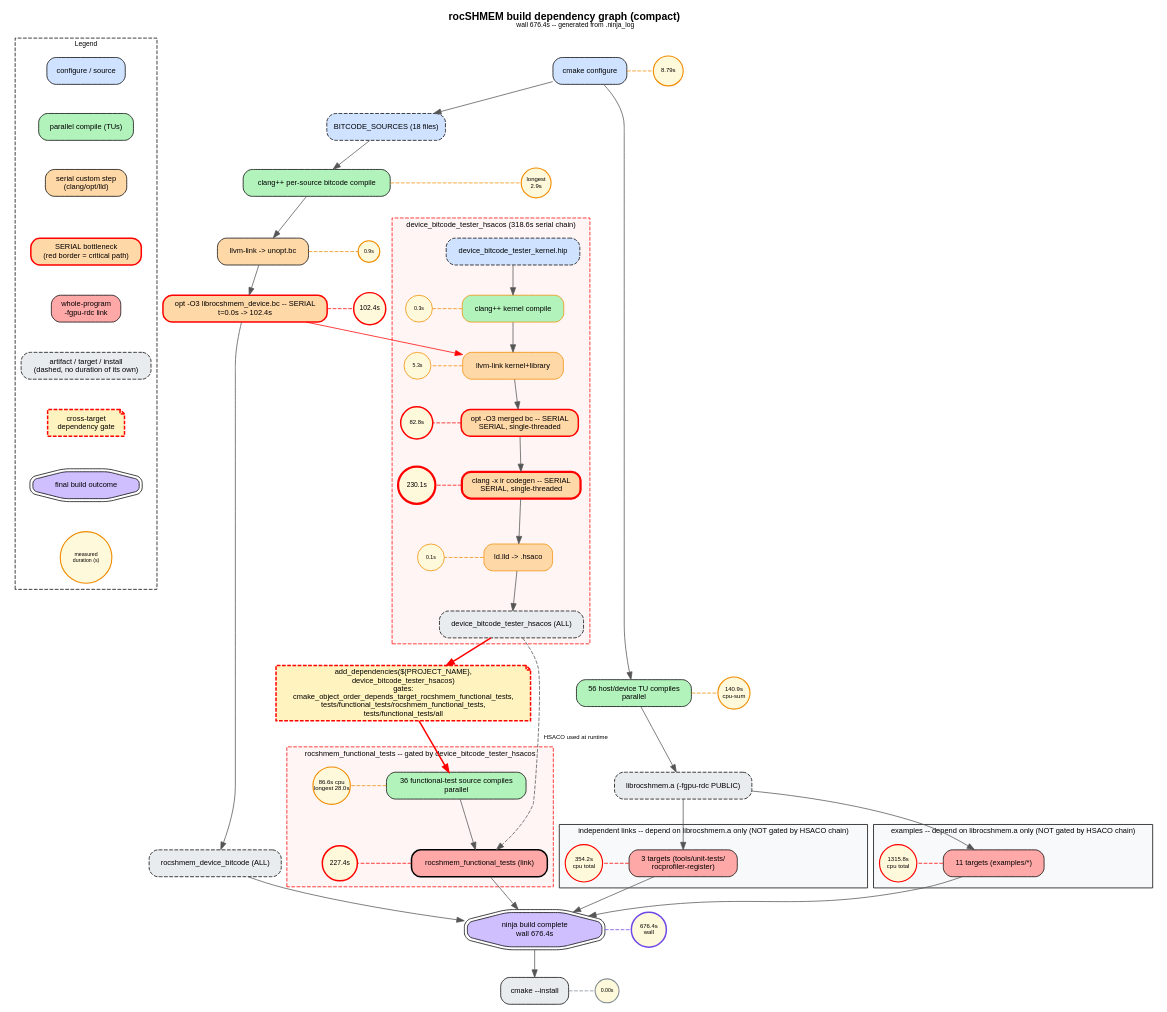
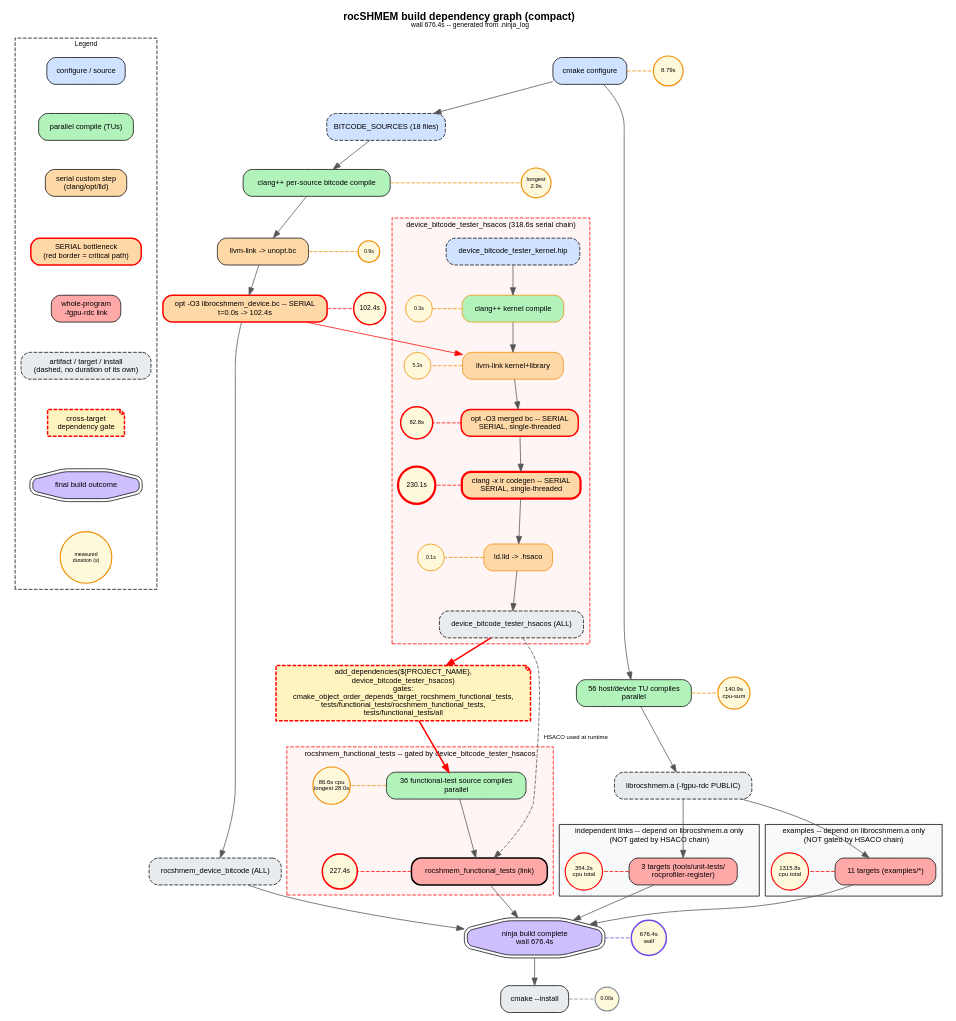
The diagram in projects/rocshmem/docs/images/diagrams/build-dependency-graph-compact.dot (ROCm/rocm-systems), drawn with Graphviz before and after one commit. The commit also changed 6 other files, not shown here.

```diff
--- a/projects/rocshmem/docs/images/diagrams/build-dependency-graph-compact.dot
+++ b/projects/rocshmem/docs/images/diagrams/build-dependency-graph-compact.dot
@@ -1,160 +1,162 @@
 // rocSHMEM build dependency graph (compact)
 // Auto-generated by scripts/analysis/build_time_report.py from build/.ninja_log
 // and build/build.ninja -- do not hand-edit, re-run the script instead.
 // HSACO-chain add_dependencies() gates: cmake_object_order_depends_target_rocshmem_functional_tests, tests/functional_tests/rocshmem_functional_tests, tests/functional_tests/all.
 
 digraph rocshmem_build_compact {
   rankdir=TB; fontname="Helvetica"; labelloc="t";
   label=<<B>rocSHMEM build dependency graph (compact)</B><BR/><FONT POINT-SIZE="9">wall 676.4s -- generated from .ninja_log</FONT>>;
   node [shape=box, style="rounded,filled", fontname="Helvetica", fontsize=10, margin="0.12,0.06"];
   edge [fontname="Helvetica", fontsize=8, color="#555555"];
 
   subgraph cluster_legend {
     label="Legend"; style=dashed; fontsize=9; rank=same;
     leg_config [label="configure / source", style="rounded,filled", fillcolor="#cfe2ff"];
     leg_parallel [label="parallel compile (TUs)", style="rounded,filled", fillcolor="#b2f2bb"];
     leg_serial [label="serial custom step
 (clang/opt/lld)", style="rounded,filled", fillcolor="#ffd8a8"];
     leg_bottleneck [label="SERIAL bottleneck
 (red border = critical path)", style="rounded,filled", fillcolor="#ffd8a8", color=red, penwidth=2];
     leg_link [label="whole-program
 -fgpu-rdc link", style="rounded,filled", fillcolor="#ffa8a8"];
     leg_artifact [label="artifact / target / install
 (dashed, no duration of its own)", style="rounded,filled,dashed", fillcolor="#e9ecef"];
     leg_gate [label="cross-target
 dependency gate", style="filled,dashed", fillcolor="#fff3bf", color=red, penwidth=2, shape=note];
     leg_done [label="final build outcome", style="rounded,filled", fillcolor="#d0bfff", shape=doubleoctagon];
     leg_duration [label="measured\nduration (s)", shape=circle, fixedsize=false, width=0.7, height=0.7, fontsize=7, fillcolor="#fff9db", color="#f08c00", penwidth=1.5];
     leg_config -> leg_parallel -> leg_serial -> leg_bottleneck -> leg_link -> leg_artifact -> leg_gate -> leg_done -> leg_duration [style=invis];
   }
 
   cmake_configure [label="cmake configure", style="rounded,filled", fillcolor="#cfe2ff"];
   t_cmake_configure [label="8.79s", shape=circle, fixedsize=true, width=0.55, height=0.55, fontsize=8, fillcolor="#fff9db", color="#f08c00", penwidth=1.5];
   cmake_configure -> t_cmake_configure [style=dashed, arrowhead=none, color="#f08c00", constraint=false, weight=0];
   {rank=same; cmake_configure; t_cmake_configure;}
   bc_sources [label="BITCODE_SOURCES (18 files)", style="rounded,filled,dashed", fillcolor="#cfe2ff"];
   bc_compile [label="clang++ per-source bitcode compile", style="rounded,filled", fillcolor="#b2f2bb"];
   t_bc_compile [label="longest
 2.9s", shape=circle, fixedsize=true, width=0.55, height=0.55, fontsize=8, fillcolor="#fff9db", color="#f08c00", penwidth=1.5];
   bc_compile -> t_bc_compile [style=dashed, arrowhead=none, color="#f08c00", constraint=false, weight=0];
   {rank=same; bc_compile; t_bc_compile;}
   bc_llvmlink [label="llvm-link -> unopt.bc", style="rounded,filled", fillcolor="#ffd8a8"];
   t_bc_llvmlink [label="0.9s", shape=circle, fixedsize=true, width=0.4, height=0.4, fontsize=7, fillcolor="#fff9db", color="#f08c00", penwidth=1.5];
   bc_llvmlink -> t_bc_llvmlink [style=dashed, arrowhead=none, color="#f08c00", constraint=false, weight=0];
   {rank=same; bc_llvmlink; t_bc_llvmlink;}
   bc_opt [label="opt -O3 librocshmem_device.bc -- SERIAL
 t=0.0s -> 102.4s", style="rounded,filled", fillcolor="#ffd8a8", color=red, penwidth=2];
   t_bc_opt [label="102.4s", shape=circle, fixedsize=true, width=0.6, height=0.6, fontsize=9, fillcolor="#fff9db", color="red", penwidth=2];
   bc_opt -> t_bc_opt [style=dashed, arrowhead=none, color="red", constraint=false, weight=0];
   {rank=same; bc_opt; t_bc_opt;}
   bc_target [label="rocshmem_device_bitcode (ALL)", style="rounded,filled,dashed", fillcolor="#e9ecef"];
   cmake_configure -> bc_sources;
   bc_sources -> bc_compile;
   bc_compile -> bc_llvmlink;
   bc_llvmlink -> bc_opt;
   bc_opt -> bc_target;
   host_sources [label="56 host/device TU compiles
 parallel", style="rounded,filled", fillcolor="#b2f2bb"];
   t_host_sources [label="140.9s
 cpu-sum", shape=circle, fixedsize=true, width=0.6, height=0.6, fontsize=8, fillcolor="#fff9db", color="#f08c00", penwidth=1.5];
   host_sources -> t_host_sources [style=dashed, arrowhead=none, color="#f08c00", constraint=false, weight=0];
   {rank=same; host_sources; t_host_sources;}
   host_archive [label="librocshmem.a (-fgpu-rdc PUBLIC)", style="rounded,filled,dashed", fillcolor="#e9ecef"];
   cmake_configure -> host_sources;
   host_sources -> host_archive;
   project_dep_hack [label="add_dependencies(${PROJECT_NAME},
 device_bitcode_tester_hsacos)
 gates:
 cmake_object_order_depends_target_rocshmem_functional_tests,
 tests/functional_tests/rocshmem_functional_tests,
 tests/functional_tests/all", style="filled,dashed", fillcolor="#fff3bf", color=red, penwidth=2, shape=note];
   subgraph cluster_hsaco {
     label="device_bitcode_tester_hsacos (318.6s serial chain)";
     style="filled,dashed"; fillcolor="#fff5f5"; color=red; fontsize=10;
   kernel_hip [label="device_bitcode_tester_kernel.hip", style="rounded,filled,dashed", fillcolor="#cfe2ff"];
   kernel_compile [label="clang++ kernel compile", style="rounded,filled", fillcolor="#b2f2bb", color="#f08c00"];
   t_kernel_compile [label="0.3s", shape=circle, fixedsize=true, width=0.5, height=0.5, fontsize=7, fillcolor="#fff9db", color="#f08c00", penwidth=1];
   kernel_compile -> t_kernel_compile [style=dashed, arrowhead=none, color="#f08c00", constraint=false, weight=0];
   {rank=same; kernel_compile; t_kernel_compile;}
   kernel_unopt_link [label="llvm-link kernel+library", style="rounded,filled", fillcolor="#ffd8a8", color="#f08c00"];
   t_kernel_unopt_link [label="5.3s", shape=circle, fixedsize=true, width=0.5, height=0.5, fontsize=7, fillcolor="#fff9db", color="#f08c00", penwidth=1];
   kernel_unopt_link -> t_kernel_unopt_link [style=dashed, arrowhead=none, color="#f08c00", constraint=false, weight=0];
   {rank=same; kernel_unopt_link; t_kernel_unopt_link;}
   kernel_opt [label="opt -O3 merged bc -- SERIAL
 SERIAL, single-threaded", style="rounded,filled", fillcolor="#ffd8a8", color=red, penwidth=2];
   t_kernel_opt [label="82.8s", shape=circle, fixedsize=true, width=0.6000000000000001, height=0.6000000000000001, fontsize=8, fillcolor="#fff9db", color="red", penwidth=2];
   kernel_opt -> t_kernel_opt [style=dashed, arrowhead=none, color="red", constraint=false, weight=0];
   {rank=same; kernel_opt; t_kernel_opt;}
   kernel_codegen [label="clang -x ir codegen -- SERIAL
 SERIAL, single-threaded", style="rounded,filled", fillcolor="#ffd8a8", color=red, penwidth=3];
   t_kernel_codegen [label="230.1s", shape=circle, fixedsize=true, width=0.7000000000000001, height=0.7000000000000001, fontsize=9, fillcolor="#fff9db", color="red", penwidth=3];
   kernel_codegen -> t_kernel_codegen [style=dashed, arrowhead=none, color="red", constraint=false, weight=0];
   {rank=same; kernel_codegen; t_kernel_codegen;}
   hsaco_lld [label="ld.lld -> .hsaco", style="rounded,filled", fillcolor="#ffd8a8", color="#f08c00"];
   t_hsaco_lld [label="0.1s", shape=circle, fixedsize=true, width=0.5, height=0.5, fontsize=7, fillcolor="#fff9db", color="#f08c00", penwidth=1];
   hsaco_lld -> t_hsaco_lld [style=dashed, arrowhead=none, color="#f08c00", constraint=false, weight=0];
   {rank=same; hsaco_lld; t_hsaco_lld;}
   hsaco_target [label="device_bitcode_tester_hsacos (ALL)", style="rounded,filled,dashed", fillcolor="#e9ecef"];
   }
   kernel_hip -> kernel_compile;
   kernel_compile -> kernel_unopt_link;
   bc_opt -> kernel_unopt_link [color=red];
   kernel_unopt_link -> kernel_opt;
   kernel_opt -> kernel_codegen;
   kernel_codegen -> hsaco_lld;
   hsaco_lld -> hsaco_target;
   hsaco_target -> project_dep_hack [color=red, penwidth=2];
   subgraph cluster_examples {
-    label="examples -- depend on librocshmem.a only (NOT gated by HSACO chain)";
+    label="examples -- depend on librocshmem.a only
+(NOT gated by HSACO chain)";
     fillcolor="#f8f9fa"; style=filled; fontsize=10;
   examples_link [label="11 targets (examples/*)", style="rounded,filled", fillcolor="#ffa8a8"];
   t_examples_link [label="1315.8s
 cpu total", shape=circle, fixedsize=true, width=0.7, height=0.7, fontsize=8, fillcolor="#fff9db", color="red", penwidth=1.5];
   examples_link -> t_examples_link [style=dashed, arrowhead=none, color="red", constraint=false, weight=0];
   {rank=same; examples_link; t_examples_link;}
   }
   host_archive -> examples_link;
   subgraph cluster_consumers {
-    label="independent links -- depend on librocshmem.a only (NOT gated by HSACO chain)";
+    label="independent links -- depend on librocshmem.a only
+(NOT gated by HSACO chain)";
     fillcolor="#f8f9fa"; style=filled; fontsize=10;
   other_links [label="3 targets (tools/unit-tests/
 rocprofiler-register)", style="rounded,filled", fillcolor="#ffa8a8"];
   t_other_links [label="354.2s
 cpu total", shape=circle, fixedsize=true, width=0.7, height=0.7, fontsize=8, fillcolor="#fff9db", color="red", penwidth=1.5];
   other_links -> t_other_links [style=dashed, arrowhead=none, color="red", constraint=false, weight=0];
   {rank=same; other_links; t_other_links;}
   }
   host_archive -> other_links;
   subgraph cluster_functest {
     label="rocshmem_functional_tests -- gated by device_bitcode_tester_hsacos";
     style="filled,dashed"; fillcolor="#fff5f5"; color=red; fontsize=10;
   functest_sources [label="36 functional-test source compiles
 parallel", style="rounded,filled", fillcolor="#b2f2bb"];
   t_functest_sources [label="86.6s cpu
 longest 28.0s", shape=circle, fixedsize=true, width=0.7, height=0.7, fontsize=8, fillcolor="#fff9db", color="#f08c00", penwidth=1.5];
   functest_sources -> t_functest_sources [style=dashed, arrowhead=none, color="#f08c00", constraint=false, weight=0];
   {rank=same; functest_sources; t_functest_sources;}
   functest_link [label="rocshmem_functional_tests (link)", style="rounded,filled", fillcolor="#ffa8a8", penwidth=2];
   t_functest_link [label="227.4s", shape=circle, fixedsize=true, width=0.65, height=0.65, fontsize=9, fillcolor="#fff9db", color="red", penwidth=2];
   functest_link -> t_functest_link [style=dashed, arrowhead=none, color="red", constraint=false, weight=0];
   {rank=same; functest_link; t_functest_link;}
   }
   project_dep_hack -> functest_sources [color=red, penwidth=2];
   functest_sources -> functest_link;
   hsaco_target -> functest_link [style=dashed, label="  HSACO used at runtime"];
   build_done [label="ninja build complete
 wall 676.4s", style="rounded,filled", fillcolor="#d0bfff", shape=doubleoctagon];
   t_build_done [label="676.4s
 wall", shape=circle, fixedsize=true, width=0.65, height=0.65, fontsize=8, fillcolor="#fff9db", color="#7048e8", penwidth=2];
   build_done -> t_build_done [style=dashed, arrowhead=none, color="#7048e8", constraint=false, weight=0];
   {rank=same; build_done; t_build_done;}
   functest_link -> build_done;
   other_links -> build_done;
   examples_link -> build_done;
   bc_target -> build_done;
   install_step [label="cmake --install", style="rounded,filled", fillcolor="#e9ecef"];
   t_install_step [label="0.00s", shape=circle, fixedsize=true, width=0.45, height=0.45, fontsize=7, fillcolor="#fff9db", color="#868e96", penwidth=1.5];
   install_step -> t_install_step [style=dashed, arrowhead=none, color="#868e96", constraint=false, weight=0];
   {rank=same; install_step; t_install_step;}
   build_done -> install_step;
 }
```
